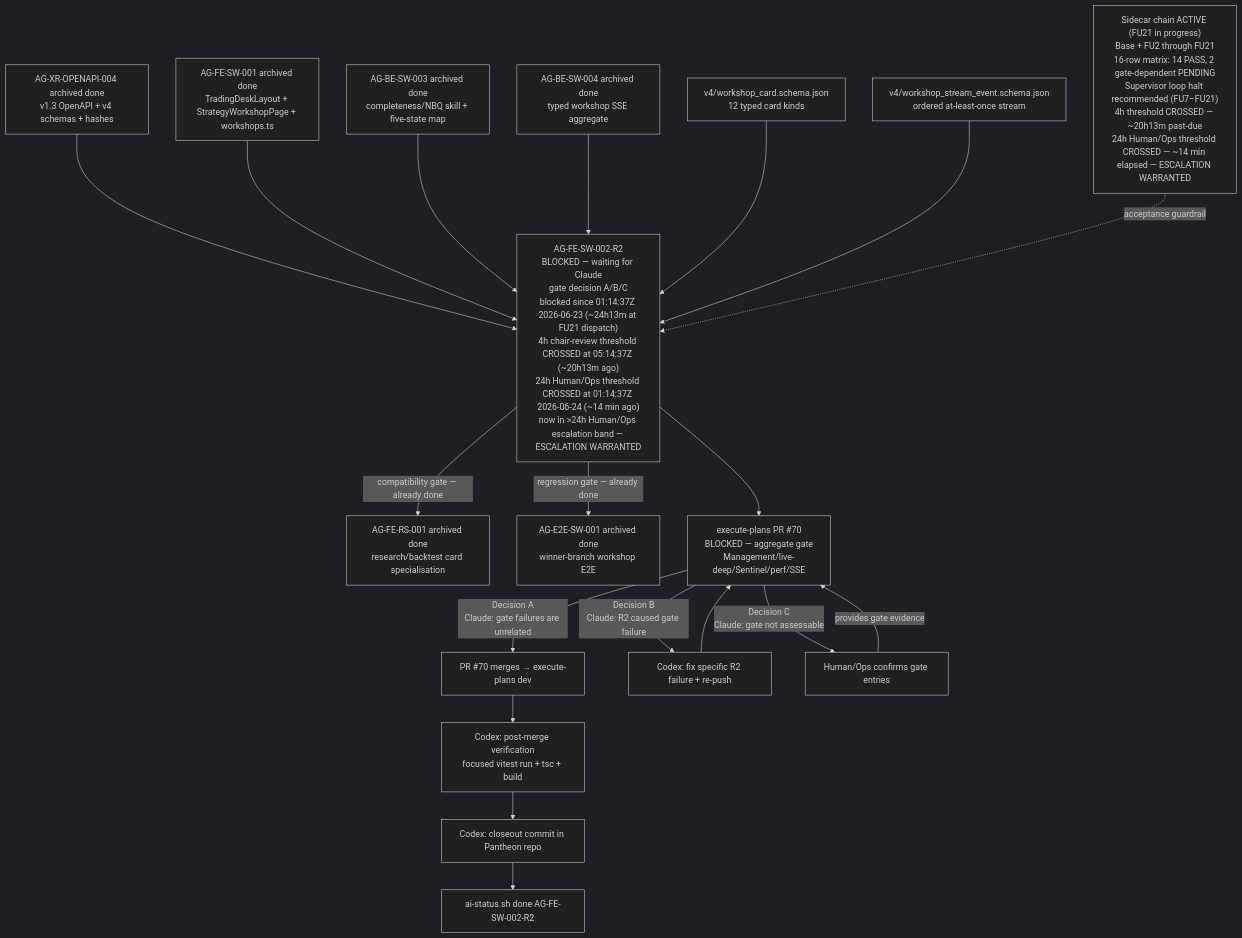
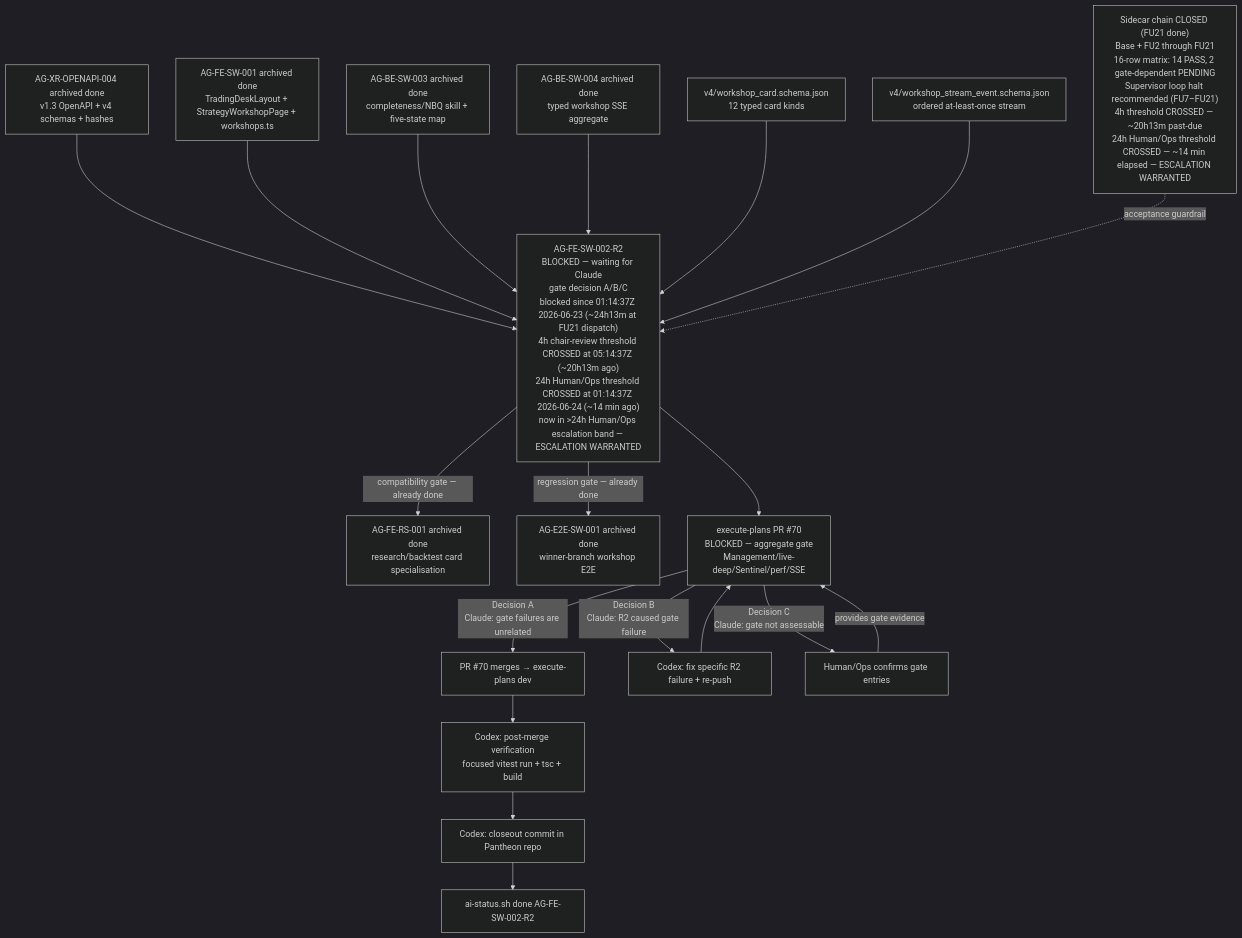
One commit to ajoe734/pantheon changed the diagram in support/sidecars/AG-FE-SW-002-R2/AG-FE-SW-002-R2-SIDECAR-ACCEPTANCE-FOLLOWUP-21.md. Above: the diagram before and after it, drawn with Mermaid (dark theme). The commit also changed other lines of this file, not shown here.

First line of the commit message:
AG-FE-SW-002-R2-SIDECAR-ACCEPTANCE-FOLLOWUP-21: closeout packet

````diff
--- a/support/sidecars/AG-FE-SW-002-R2/AG-FE-SW-002-R2-SIDECAR-ACCEPTANCE-FOLLOWUP-21.md
+++ b/support/sidecars/AG-FE-SW-002-R2/AG-FE-SW-002-R2-SIDECAR-ACCEPTANCE-FOLLOWUP-21.md
@@ -278,28 +278,28 @@
 ```mermaid
 graph TD
     XR004["AG-XR-OPENAPI-004 archived done<br/>v1.3 OpenAPI + v4 schemas + hashes"] --> FESW002R2
     FESW001["AG-FE-SW-001 archived done<br/>TradingDeskLayout + StrategyWorkshopPage + workshops.ts"] --> FESW002R2
     BESW003["AG-BE-SW-003 archived done<br/>completeness/NBQ skill + five-state map"] --> FESW002R2
     BESW004["AG-BE-SW-004 archived done<br/>typed workshop SSE aggregate"] --> FESW002R2
     CardSchema["v4/workshop_card.schema.json<br/>12 typed card kinds"] --> FESW002R2
     StreamSchema["v4/workshop_stream_event.schema.json<br/>ordered at-least-once stream"] --> FESW002R2
 
     FESW002R2["AG-FE-SW-002-R2<br/>BLOCKED — waiting for Claude<br/>gate decision A/B/C<br/>blocked since 01:14:37Z 2026-06-23 (~24h13m at FU21 dispatch)<br/>4h chair-review threshold CROSSED at 05:14:37Z (~20h13m ago)<br/>24h Human/Ops threshold CROSSED at 01:14:37Z 2026-06-24 (~14 min ago)<br/>now in >24h Human/Ops escalation band — ESCALATION WARRANTED"]
 
     FESW002R2 -->|"compatibility gate — already done"| FERS001["AG-FE-RS-001 archived done<br/>research/backtest card specialisation"]
     FESW002R2 -->|"regression gate — already done"| E2E["AG-E2E-SW-001 archived done<br/>winner-branch workshop E2E"]
     FESW002R2 --> PR70["execute-plans PR #70<br/>BLOCKED — aggregate gate<br/>Management/live-deep/Sentinel/perf/SSE"]
 
     PR70 -->|"Decision A<br/>Claude: gate failures are unrelated"| Merge["PR #70 merges → execute-plans dev"]
     PR70 -->|"Decision B<br/>Claude: R2 caused gate failure"| Fix["Codex: fix specific R2 failure + re-push"]
     PR70 -->|"Decision C<br/>Claude: gate not assessable"| HumanOps["Human/Ops confirms gate entries"]
 
     Fix --> PR70
     HumanOps -->|"provides gate evidence"| PR70
 
     Merge --> PostMerge["Codex: post-merge verification<br/>focused vitest run + tsc + build"]
     PostMerge --> CloseoutCommit["Codex: closeout commit in Pantheon repo"]
     CloseoutCommit --> Done["ai-status.sh done AG-FE-SW-002-R2"]
 
-    SidecarChain["Sidecar chain ACTIVE (FU21 in progress)<br/>Base + FU2 through FU21<br/>16-row matrix: 14 PASS, 2 gate-dependent PENDING<br/>Supervisor loop halt recommended (FU7–FU21)<br/>4h threshold CROSSED — ~20h13m past-due<br/>24h Human/Ops threshold CROSSED — ~14 min elapsed — ESCALATION WARRANTED"] -.->|"acceptance guardrail"| FESW002R2
+    SidecarChain["Sidecar chain CLOSED (FU21 done)<br/>Base + FU2 through FU21<br/>16-row matrix: 14 PASS, 2 gate-dependent PENDING<br/>Supervisor loop halt recommended (FU7–FU21)<br/>4h threshold CROSSED — ~20h13m past-due<br/>24h Human/Ops threshold CROSSED — ~14 min elapsed — ESCALATION WARRANTED"] -.->|"acceptance guardrail"| FESW002R2
 ```
````
